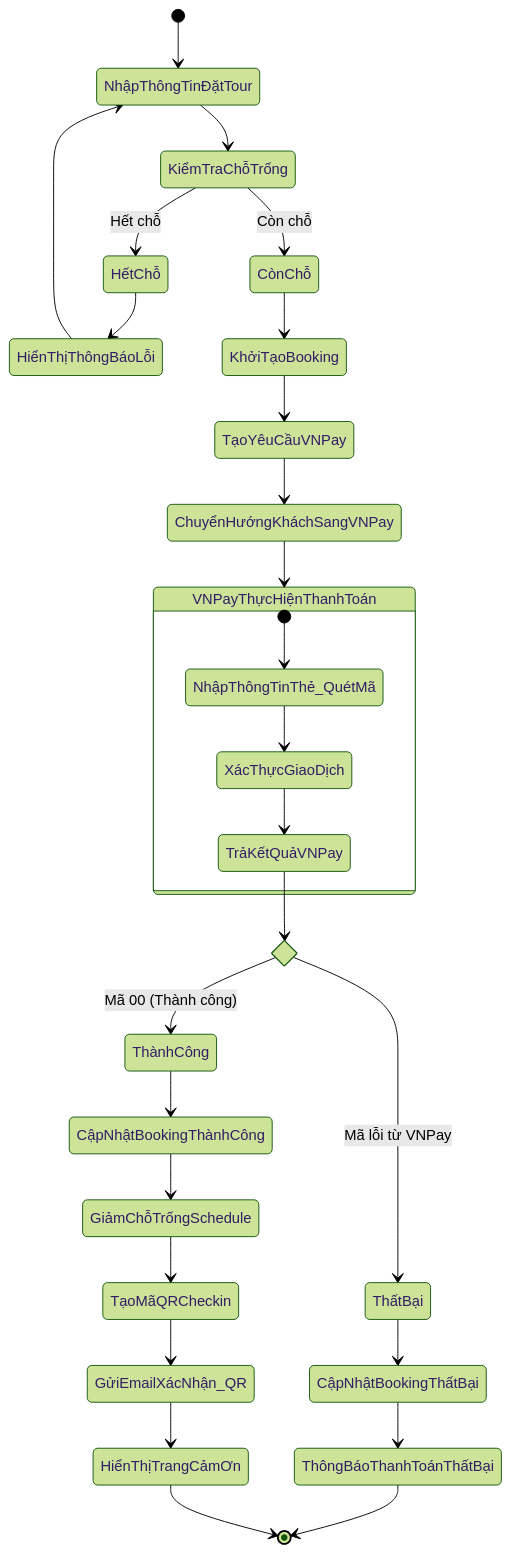
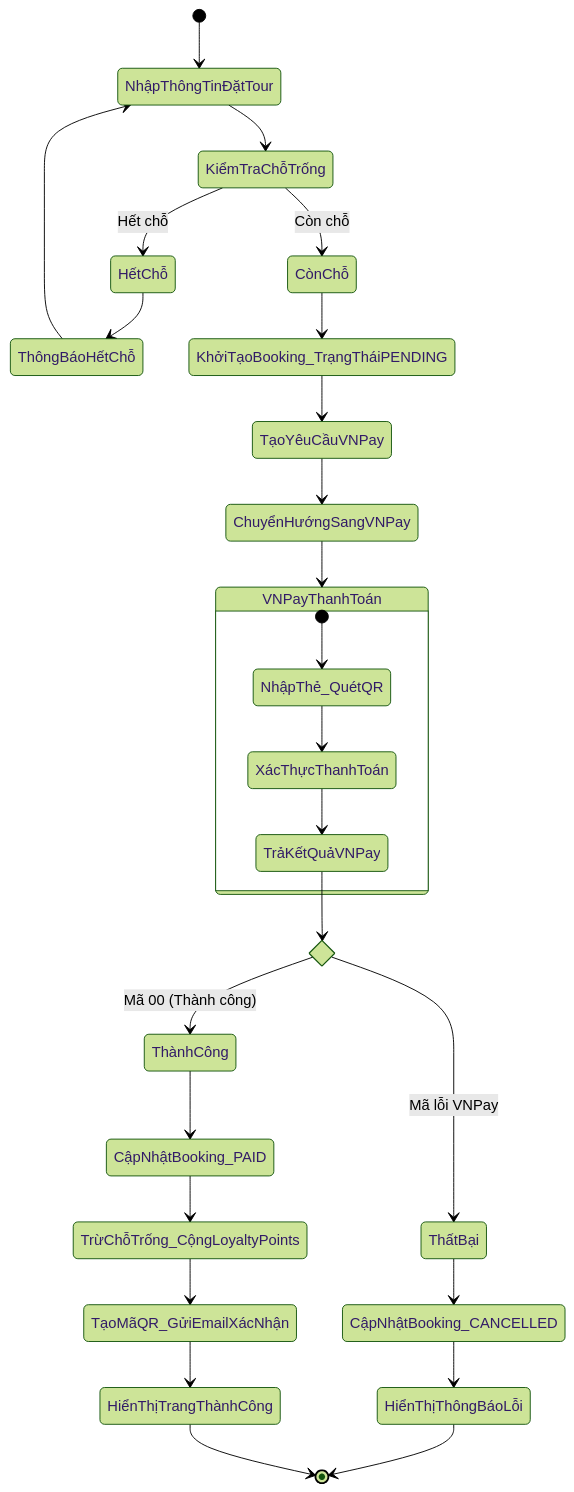
The second of 7 diagrams in SYSTEM_DESIGN.md (finallbossl/BE_tourism), drawn with Mermaid (forest theme) before and after one commit. The commit also changed other lines of this file and 14 other files, not shown here.

Commit message:
feat: implement authentication module with OTP, JWT, and database schema updates

````diff
--- a/SYSTEM_DESIGN.md
+++ b/SYSTEM_DESIGN.md
@@ -206,41 +219,40 @@
 ```mermaid
 stateDiagram-v2
     [*] --> NhậpThôngTinĐặtTour
     NhậpThôngTinĐặtTour --> KiểmTraChỗTrống
     
     state KiểmTraChỗTrống <<choice>>
     KiểmTraChỗTrống --> HếtChỗ : Hết chỗ
     KiểmTraChỗTrống --> CònChỗ : Còn chỗ
 
-    HếtChỗ --> HiểnThịThôngBáoLỗi
-    HiểnThịThôngBáoLỗi --> NhậpThôngTinĐặtTour
+    HếtChỗ --> ThôngBáoHếtChỗ
+    ThôngBáoHếtChỗ --> NhậpThôngTinĐặtTour
 
-    CònChỗ --> KhởiTạoBooking
-    KhởiTạoBooking --> TạoYêuCầuVNPay
-    TạoYêuCầuVNPay --> ChuyểnHướngKháchSangVNPay
+    CònChỗ --> KhởiTạoBooking_TrạngTháiPENDING
+    KhởiTạoBooking_TrạngTháiPENDING --> TạoYêuCầuVNPay
+    TạoYêuCầuVNPay --> ChuyểnHướngSangVNPay
     
-    state VNPayThựcHiệnThanhToán {
-        [*] --> NhậpThôngTinThẻ_QuétMã
-        NhậpThôngTinThẻ_QuétMã --> XácThựcGiaoDịch
-        XácThựcGiaoDịch --> TrảKếtQuảVNPay
+    state VNPayThanhToán {
+        [*] --> NhậpThẻ_QuétQR
+        NhậpThẻ_QuétQR --> XácThựcThanhToán
+        XácThựcThanhToán --> TrảKếtQuảVNPay
     }
+    
+    ChuyểnHướngSangVNPay --> VNPayThanhToán
 
-    ChuyểnHướngKháchSangVNPay --> VNPayThựcHiệnThanhToán
-    
     state KếtQuảThanhToán <<choice>>
     TrảKếtQuảVNPay --> KếtQuảThanhToán
 
-    KếtQuảThanhToán --> ThấtBại : Mã lỗi từ VNPay
+    KếtQuảThanhToán --> ThấtBại : Mã lỗi VNPay
     KếtQuảThanhToán --> ThànhCông : Mã 00 (Thành công)
 
-    ThấtBại --> CậpNhậtBookingThấtBại
-    CậpNhậtBookingThấtBại --> ThôngBáoThanhToánThấtBại
-    ThôngBáoThanhToánThấtBại --> [*]
+    ThấtBại --> CậpNhậtBooking_CANCELLED
+    CậpNhậtBooking_CANCELLED --> HiểnThịThôngBáoLỗi
+    HiểnThịThôngBáoLỗi --> [*]
 
-    ThànhCông --> CậpNhậtBookingThànhCông
-    CậpNhậtBookingThànhCông --> GiảmChỗTrốngSchedule
-    GiảmChỗTrốngSchedule --> TạoMãQRCheckin
-    TạoMãQRCheckin --> GửiEmailXácNhận_QR
-    GửiEmailXácNhận_QR --> HiểnThịTrangCảmƠn
-    HiểnThịTrangCảmƠn --> [*]
+    ThànhCông --> CậpNhậtBooking_PAID
+    CậpNhậtBooking_PAID --> TrừChỗTrống_CộngLoyaltyPoints
+    TrừChỗTrống_CộngLoyaltyPoints --> TạoMãQR_GửiEmailXácNhận
+    TạoMãQR_GửiEmailXácNhận --> HiểnThịTrangThànhCông
+    HiểnThịTrangThànhCông --> [*]
 ```
````
